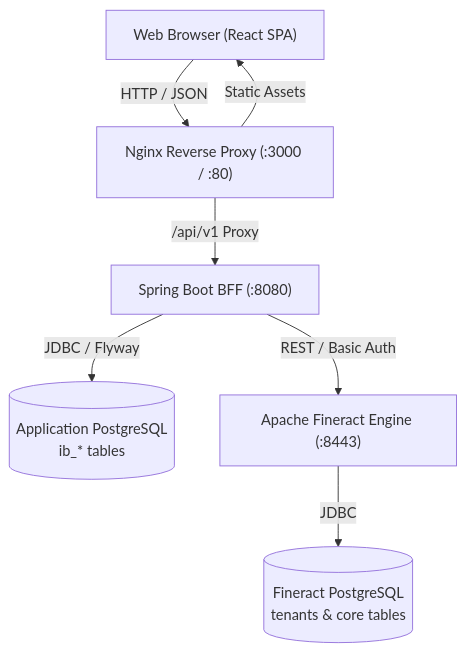
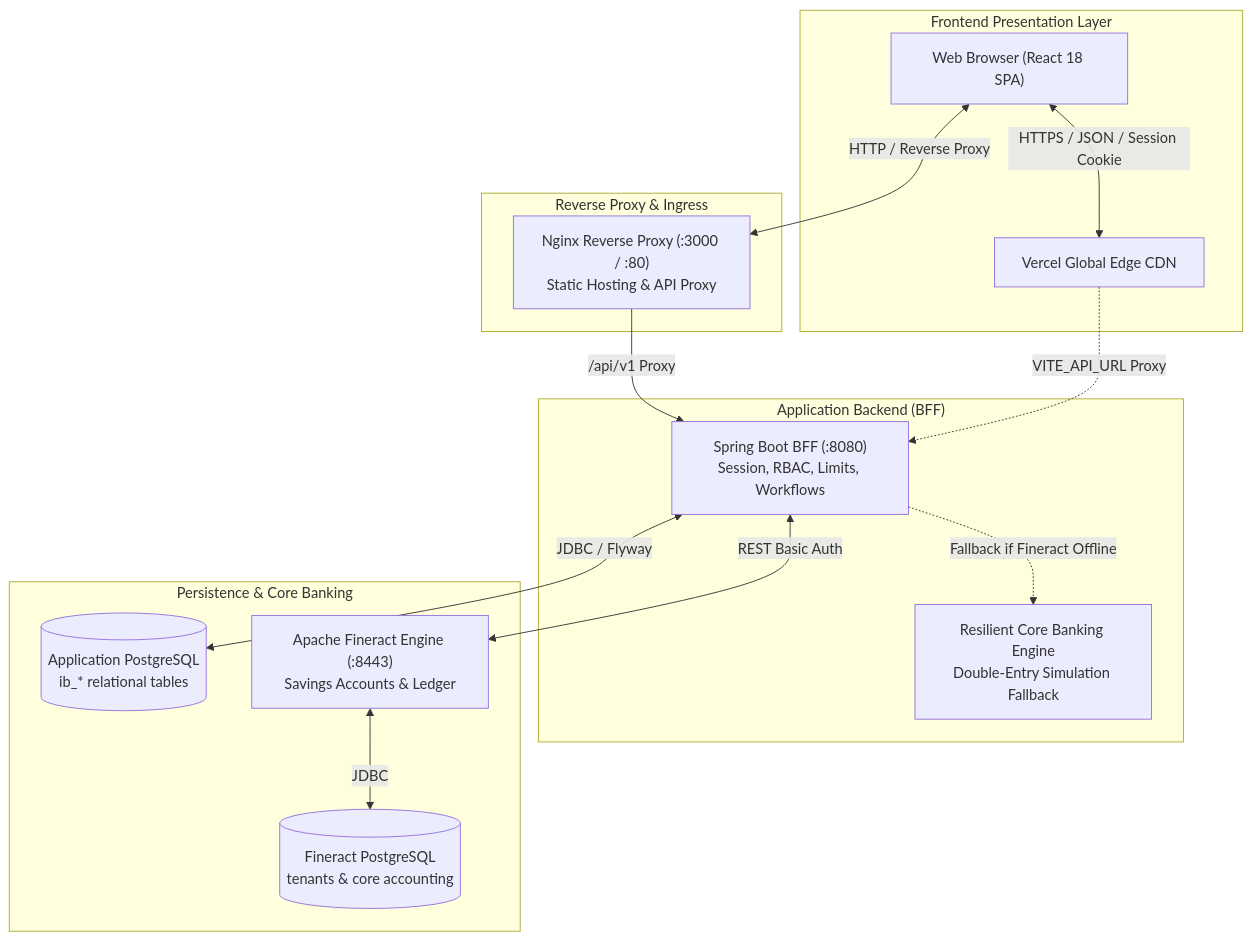
Before and after one commit to anandsitaram/internet-banking: the diagram in docs/setup-guide.md, drawn with Mermaid. The commit also changed other lines of this file, not shown here.

Commit message:
docs: add detailed backend setup guide, architecture workflows, and cloud deployment steps

````diff
--- a/docs/setup-guide.md
+++ b/docs/setup-guide.md
@@ -25,16 +38,31 @@
 ```mermaid
 flowchart TD
-    Browser["Web Browser (React SPA)"]
-    Nginx["Nginx Reverse Proxy (:3000 / :80)"]
-    BFF["Spring Boot BFF (:8080)"]
-    AppDB[("Application PostgreSQL<br/>ib_* tables")]
-    Fineract["Apache Fineract Engine (:8443)"]
-    FineractDB[("Fineract PostgreSQL<br/>tenants & core tables")]
+    subgraph Client ["Frontend Presentation Layer"]
+        Browser["Web Browser (React 18 SPA)"]
+        VercelCDN["Vercel Global Edge CDN"]
+    end
 
-    Browser -->|HTTP / JSON| Nginx
-    Nginx -->|Static Assets| Browser
+    subgraph Gateway ["Reverse Proxy & Ingress"]
+        Nginx["Nginx Reverse Proxy (:3000 / :80)<br/>Static Hosting & API Proxy"]
+    end
+
+    subgraph ApplicationServer ["Application Backend (BFF)"]
+        BFF["Spring Boot BFF (:8080)<br/>Session, RBAC, Limits, Workflows"]
+        SimLedger["Resilient Core Banking Engine<br/>Double-Entry Simulation Fallback"]
+    end
+
+    subgraph DataStorage ["Persistence & Core Banking"]
+        AppDB[("Application PostgreSQL<br/>ib_* relational tables")]
+        Fineract["Apache Fineract Engine (:8443)<br/>Savings Accounts & Ledger"]
+        FineractDB[("Fineract PostgreSQL<br/>tenants & core accounting")]
+    end
+
+    Browser <-->|HTTPS / JSON / Session Cookie| VercelCDN
+    Browser <-->|HTTP / Reverse Proxy| Nginx
     Nginx -->|/api/v1 Proxy| BFF
-    BFF -->|JDBC / Flyway| AppDB
-    BFF -->|REST / Basic Auth| Fineract
-    Fineract -->|JDBC| FineractDB
+    VercelCDN -.->|VITE_API_URL Proxy| BFF
+    BFF <-->|JDBC / Flyway| AppDB
+    BFF <-->|REST Basic Auth| Fineract
+    BFF -.->|Fallback if Fineract Offline| SimLedger
+    Fineract <-->|JDBC| FineractDB
 ```
````
